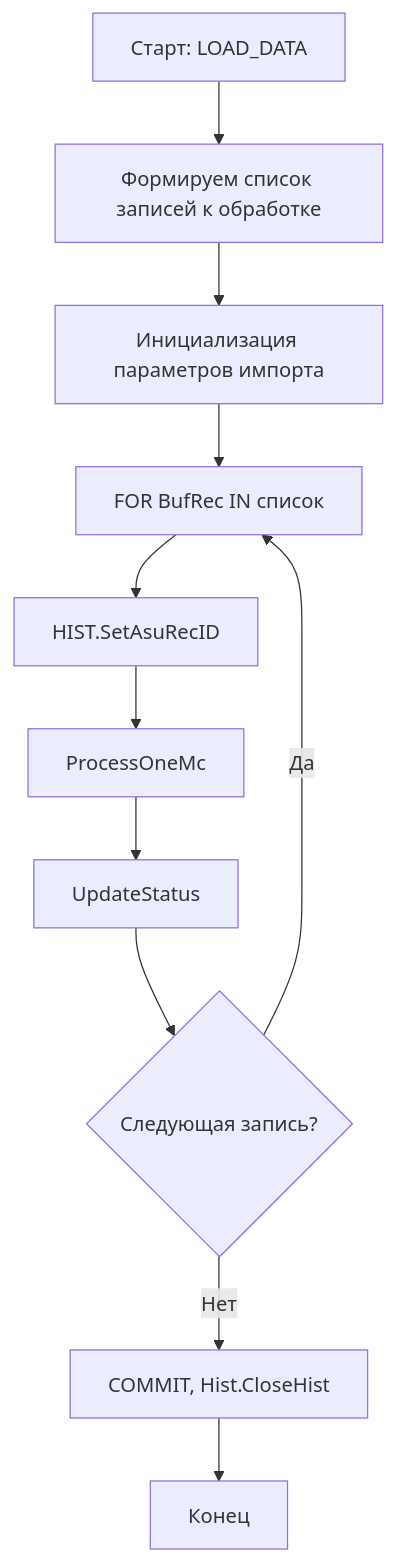
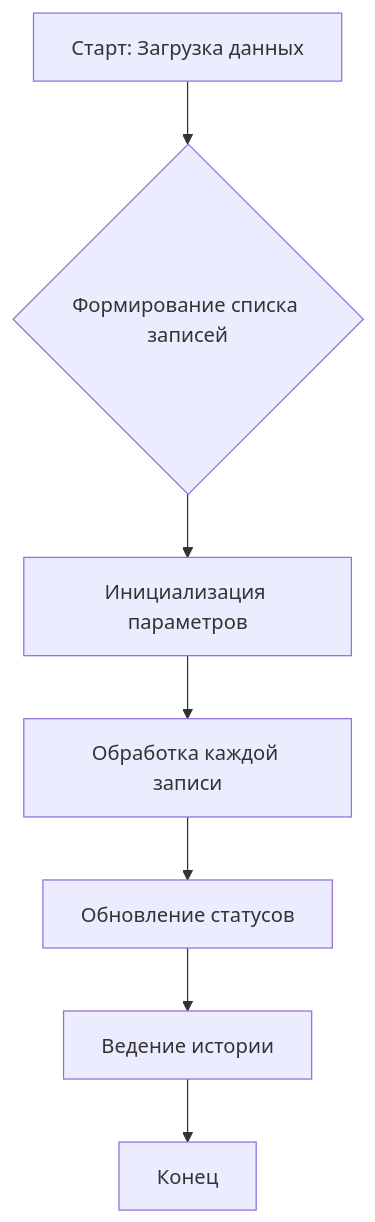
One commit to fivec/topsoft.JAM changed the sixth of 20 diagrams in README.md. Above: the diagram before and after it, drawn with Mermaid. The commit also changed other lines of this file, not shown here.

````diff
--- a/README.md
+++ b/README.md
@@ -191,13 +222,9 @@
 ```mermaid
 flowchart TD
-A[Старт: LOAD_DATA] --> B[Формируем список записей к обработке]
-B --> C[Инициализация параметров импорта]
-C --> D[FOR BufRec IN список]
-D --> E[HIST.SetAsuRecID]
-E --> F[ProcessOneMc]
-F --> G[UpdateStatus]
-G --> H{Следующая запись?}
-H -- Да --> D
-H -- Нет --> I[COMMIT, Hist.CloseHist]
-I --> J[Конец]
+    A[Старт: Загрузка данных] --> B{Формирование списка записей}
+    B --> C[Инициализация параметров]
+    C --> D[Обработка каждой записи]
+    D --> E[Обновление статусов]
+    E --> F[Ведение истории]
+    F --> G[Конец]
 ```
````
